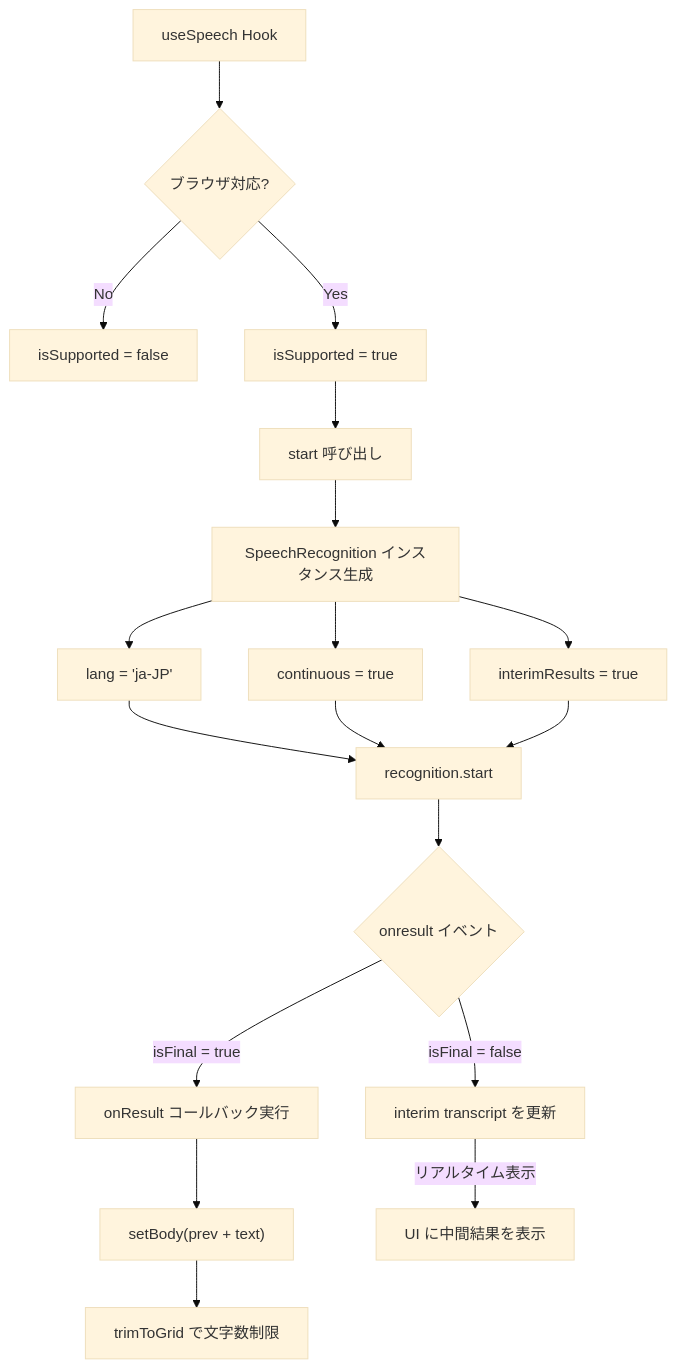
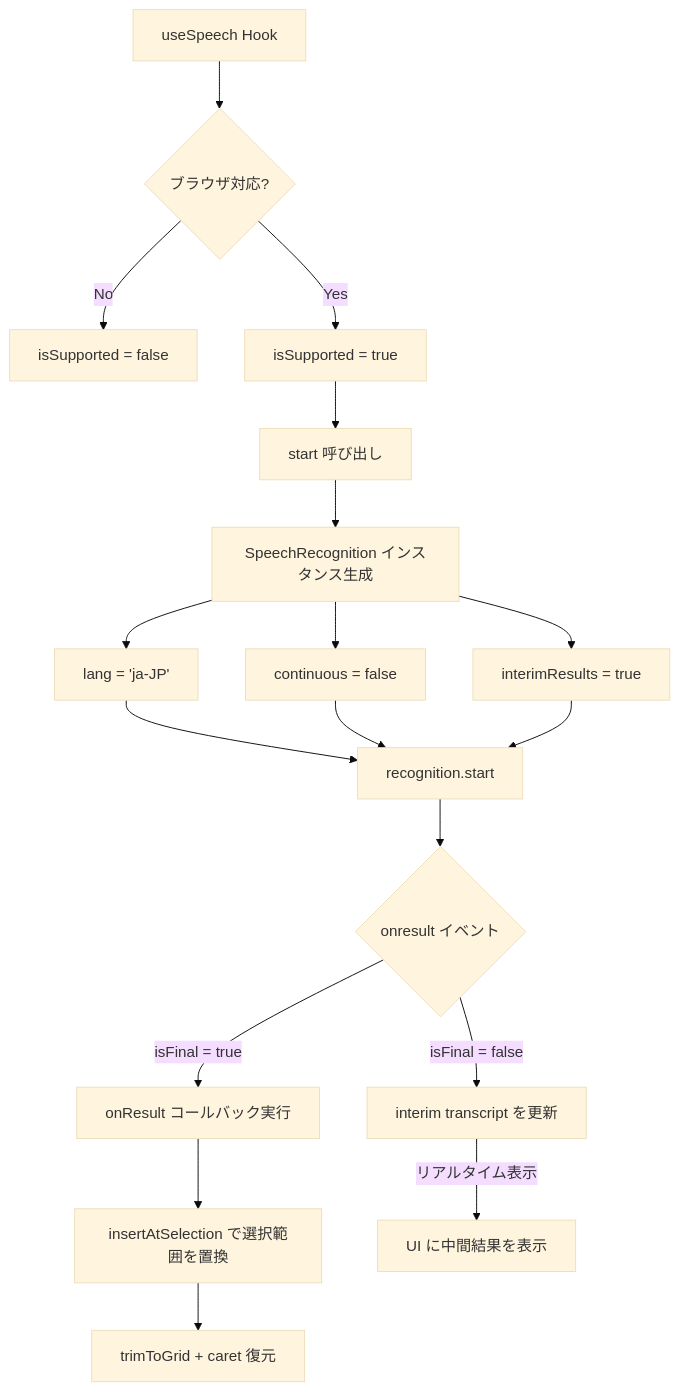
One commit to shimabox/400-diary changed the first of 3 diagrams in docs/architecture/speech-input.md. Above: the diagram before and after it, drawn with Mermaid (base theme). The commit also changed other lines of this file and 12 other files, not shown here.

````diff
--- a/docs/architecture/speech-input.md
+++ b/docs/architecture/speech-input.md
@@ -13,18 +13,18 @@
 ```mermaid
 flowchart TD
     A[useSpeech Hook] --> B{ブラウザ対応?}
     B -->|No| C[isSupported = false]
     B -->|Yes| D[isSupported = true]
     D --> E[start 呼び出し]
     E --> F[SpeechRecognition インスタンス生成]
     F --> G["lang = 'ja-JP'"]
-    F --> H["continuous = true"]
+    F --> H["continuous = false"]
     F --> I["interimResults = true"]
     G & H & I --> J[recognition.start]
     J --> K{onresult イベント}
     K -->|isFinal = false| L[interim transcript を更新]
     K -->|isFinal = true| M[onResult コールバック実行]
-    M --> N["setBody(prev + text)"]
-    N --> O[trimToGrid で文字数制限]
+    M --> N["insertAtSelection で選択範囲を置換"]
+    N --> O["trimToGrid + caret 復元"]
     L -->|リアルタイム表示| P[UI に中間結果を表示]
 ```
````
